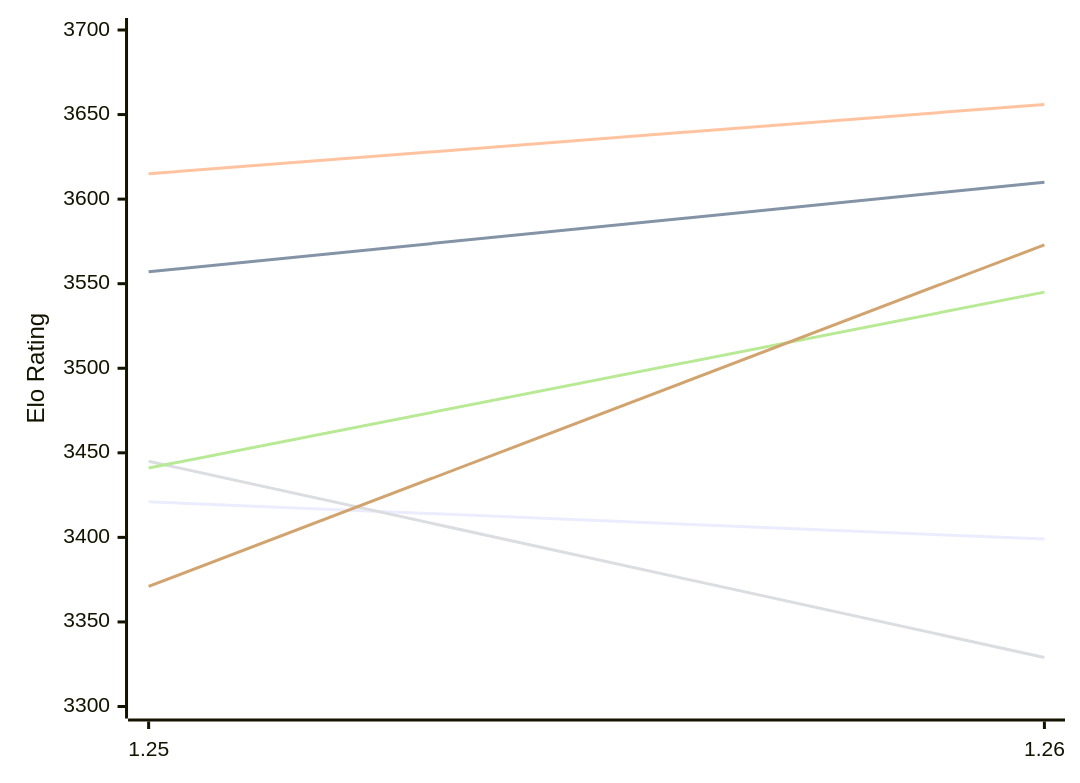
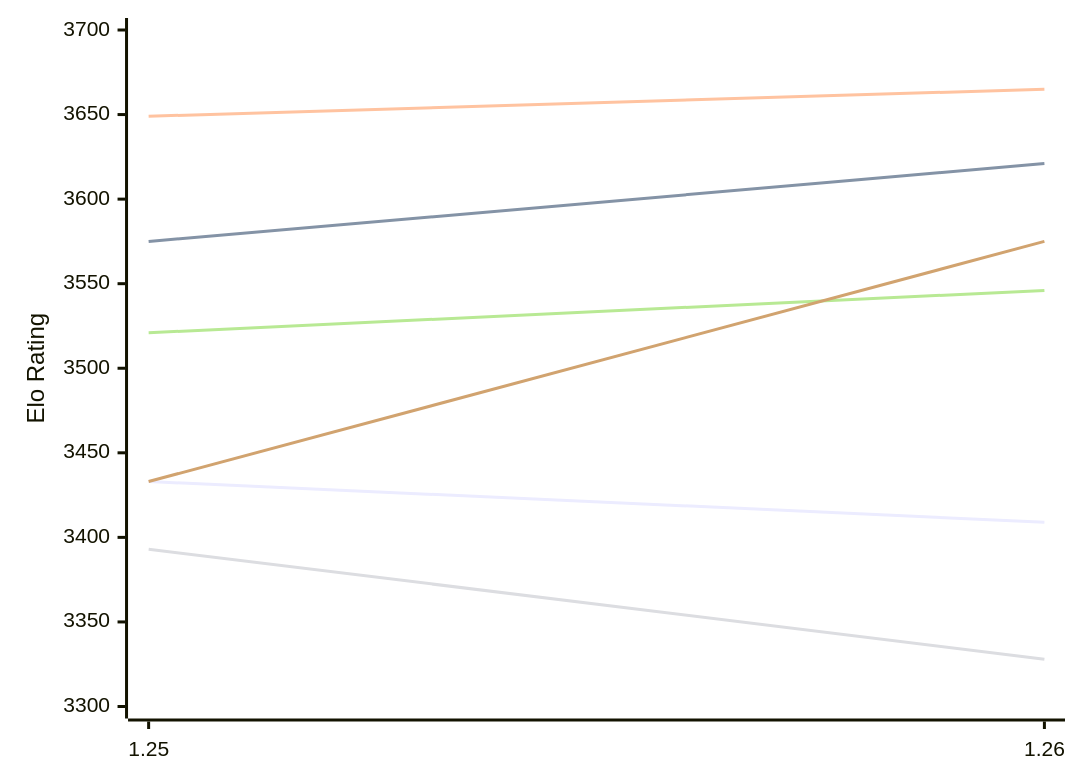
Before and after one commit to computer-chess-index/cci: the first of 2 diagrams in engines/Caissa.md, drawn with Mermaid. The commit also changed other lines of this file, not shown here.

Commit message:
Update CCI Ratings (ELO VLTC) - 2026-11-16

````diff
--- a/engines/Caissa.md
+++ b/engines/Caissa.md
@@ -56,12 +56,12 @@
 ```mermaid
 %%{init: {"theme":"base","themeVariables":{"seriesColors:['#a3a3a3','#222221','#faa371']}}}%%
 xychart-beta
   x-axis ["1.25", "1.26"]
   y-axis "Elo Rating" 3300 --> 3700
-  line "E1: STC (8.0+0.08s)" [3421, 3399]
-  line "E1: LTC (60.0+0.60s)" [3557, 3610]
-  line "E1: VLTC (2m24s+1.12s)" [3615, 3656]
-  line "P1: STC (8.0+0.08s)" [3445, 3329]
-  line "P1: LTC (60.0+0.60s)" [3441, 3545]
-  line "P1: VLTC (2m24s+1.12s)" [3371, 3573]
+  line "E1: STC (8.0+0.08s)" [3433, 3409]
+  line "E1: LTC (60.0+0.60s)" [3575, 3621]
+  line "E1: VLTC (2m24s+1.12s)" [3649, 3665]
+  line "P1: STC (8.0+0.08s)" [3393, 3328]
+  line "P1: LTC (60.0+0.60s)" [3521, 3546]
+  line "P1: VLTC (2m24s+1.12s)" [3433, 3575]
 ```
````
